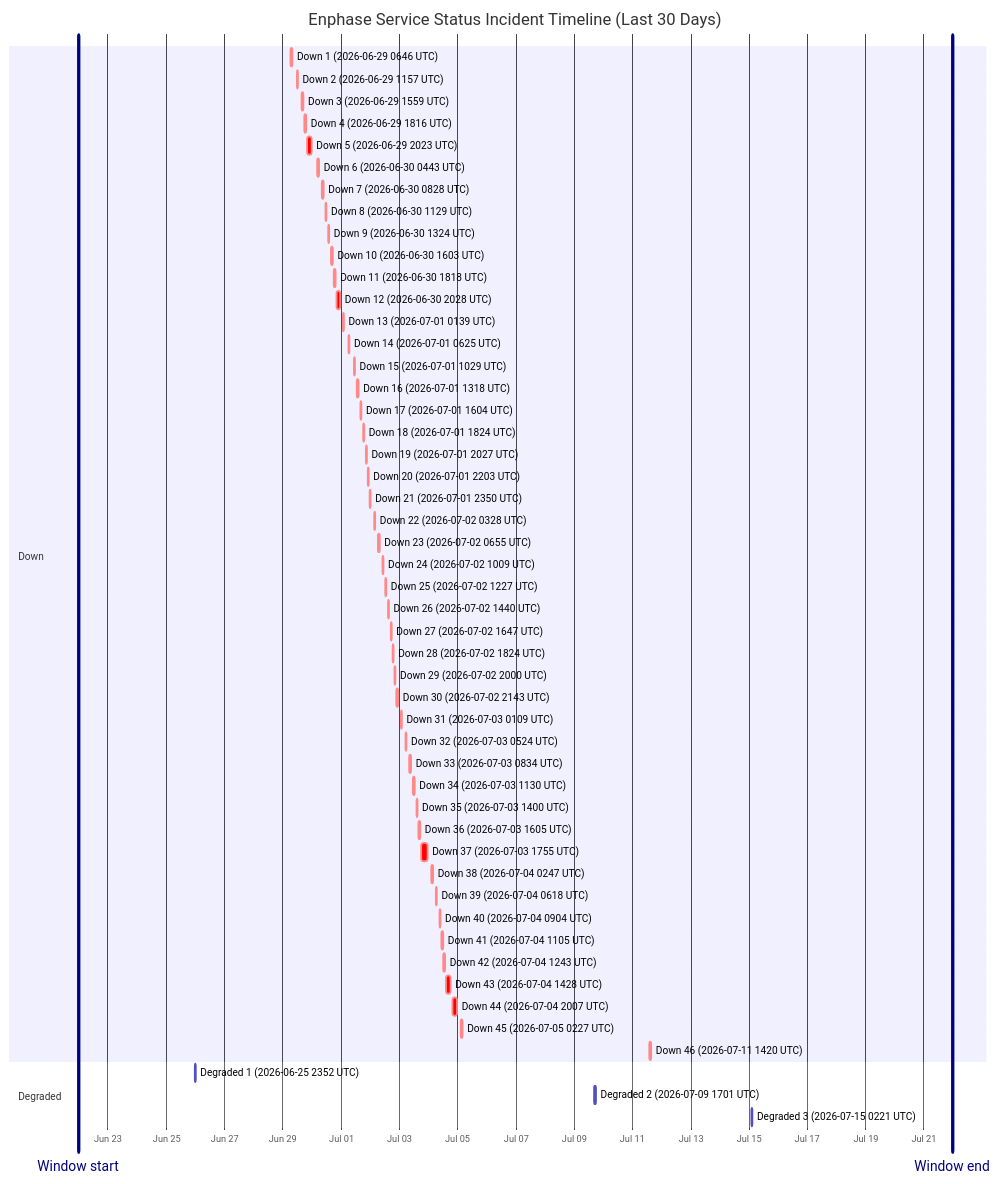
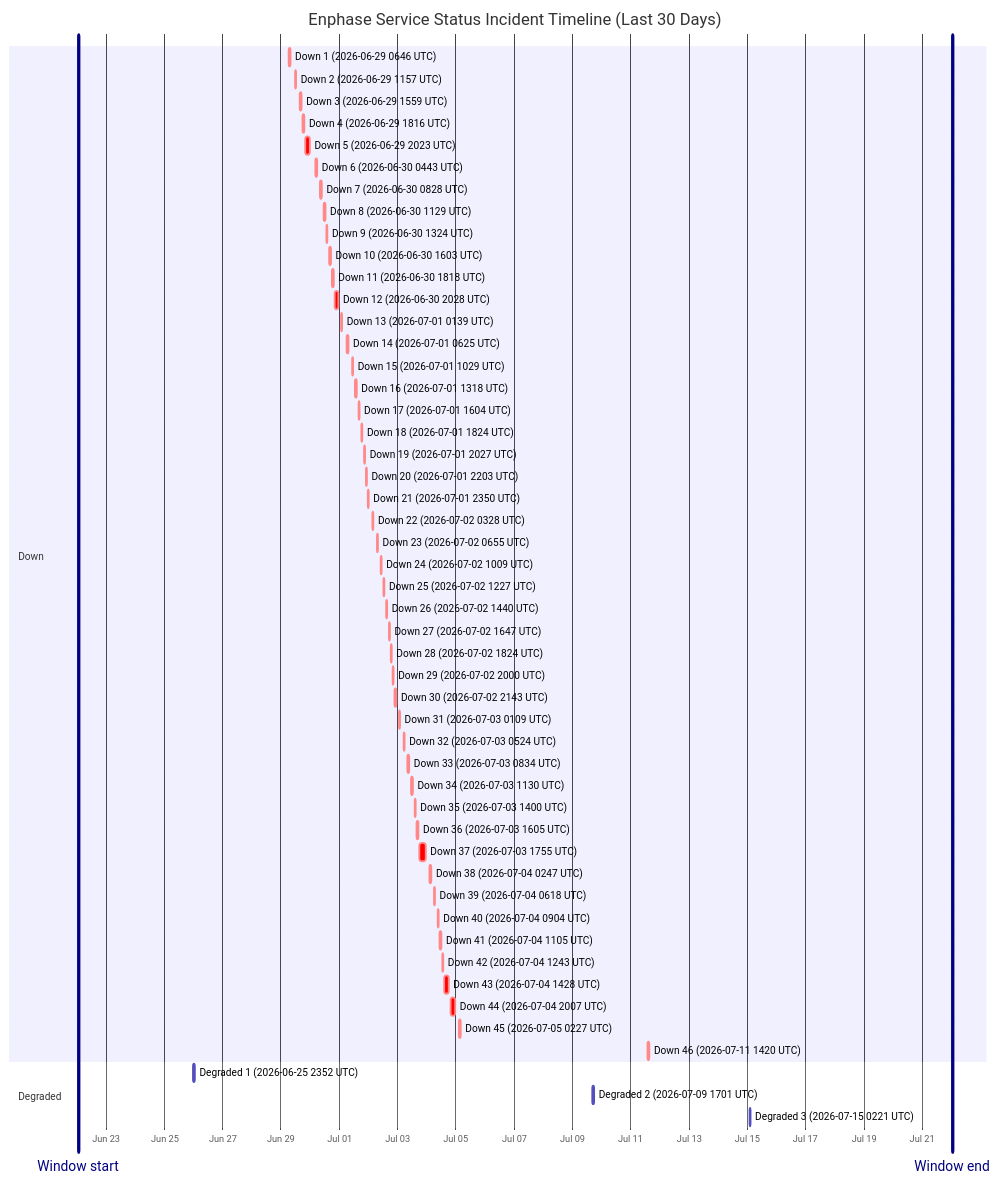
The diagram in wiki/Service-Status-History.md (barneyonline/ha-enphase-energy), drawn with Mermaid before and after one commit. The commit also changed other lines of this file and 3 other files, not shown here.

````diff
--- a/wiki/Service-Status-History.md
+++ b/wiki/Service-Status-History.md
@@ -14,59 +14,59 @@
 ```mermaid
 gantt
     title Enphase Service Status Incident Timeline (Last 30 Days)
     dateFormat  YYYY-MM-DDTHH:mm:ss
     axisFormat  %b %d
-    Window start :vert, window-start, 2026-06-21T23:28:39, 0ms
-    Window end :vert, window-end, 2026-07-21T23:28:39, 0ms
+    Window start :vert, window-start, 2026-06-22T00:58:34, 0ms
+    Window end :vert, window-end, 2026-07-22T00:58:34, 0ms
     section Down
     Down 1 (2026-06-29 0646 UTC) :crit, down-1, 2026-06-29T06:46:18, 60m
     Down 2 (2026-06-29 1157 UTC) :crit, down-2, 2026-06-29T11:57:36, 60m
     Down 3 (2026-06-29 1559 UTC) :crit, down-3, 2026-06-29T15:59:02, 60m
     Down 4 (2026-06-29 1816 UTC) :crit, down-4, 2026-06-29T18:16:38, 60m
     Down 5 (2026-06-29 2023 UTC) :crit, down-5, 2026-06-29T20:23:16, 220m
     Down 6 (2026-06-30 0443 UTC) :crit, down-6, 2026-06-30T04:43:54, 60m
     Down 7 (2026-06-30 0828 UTC) :crit, down-7, 2026-06-30T08:28:43, 60m
     Down 8 (2026-06-30 1129 UTC) :crit, down-8, 2026-06-30T11:29:15, 60m
     Down 9 (2026-06-30 1324 UTC) :crit, down-9, 2026-06-30T13:24:25, 60m
     Down 10 (2026-06-30 1603 UTC) :crit, down-10, 2026-06-30T16:03:26, 60m
     Down 11 (2026-06-30 1818 UTC) :crit, down-11, 2026-06-30T18:18:39, 60m
     Down 12 (2026-06-30 2028 UTC) :crit, down-12, 2026-06-30T20:28:54, 171m
     Down 13 (2026-07-01 0139 UTC) :crit, down-13, 2026-07-01T01:39:18, 60m
     Down 14 (2026-07-01 0625 UTC) :crit, down-14, 2026-07-01T06:25:35, 60m
     Down 15 (2026-07-01 1029 UTC) :crit, down-15, 2026-07-01T10:29:24, 60m
     Down 16 (2026-07-01 1318 UTC) :crit, down-16, 2026-07-01T13:18:31, 60m
     Down 17 (2026-07-01 1604 UTC) :crit, down-17, 2026-07-01T16:04:29, 60m
     Down 18 (2026-07-01 1824 UTC) :crit, down-18, 2026-07-01T18:24:21, 60m
     Down 19 (2026-07-01 2027 UTC) :crit, down-19, 2026-07-01T20:27:17, 60m
     Down 20 (2026-07-01 2203 UTC) :crit, down-20, 2026-07-01T22:03:46, 60m
     Down 21 (2026-07-01 2350 UTC) :crit, down-21, 2026-07-01T23:50:52, 60m
     Down 22 (2026-07-02 0328 UTC) :crit, down-22, 2026-07-02T03:28:33, 60m
     Down 23 (2026-07-02 0655 UTC) :crit, down-23, 2026-07-02T06:55:07, 60m
     Down 24 (2026-07-02 1009 UTC) :crit, down-24, 2026-07-02T10:09:15, 60m
     Down 25 (2026-07-02 1227 UTC) :crit, down-25, 2026-07-02T12:27:49, 60m
     Down 26 (2026-07-02 1440 UTC) :crit, down-26, 2026-07-02T14:40:53, 60m
     Down 27 (2026-07-02 1647 UTC) :crit, down-27, 2026-07-02T16:47:47, 60m
     Down 28 (2026-07-02 1824 UTC) :crit, down-28, 2026-07-02T18:24:26, 60m
     Down 29 (2026-07-02 2000 UTC) :crit, down-29, 2026-07-02T20:00:57, 60m
     Down 30 (2026-07-02 2143 UTC) :crit, down-30, 2026-07-02T21:43:52, 80m
     Down 31 (2026-07-03 0109 UTC) :crit, down-31, 2026-07-03T01:09:19, 60m
     Down 32 (2026-07-03 0524 UTC) :crit, down-32, 2026-07-03T05:24:23, 60m
     Down 33 (2026-07-03 0834 UTC) :crit, down-33, 2026-07-03T08:34:05, 60m
     Down 34 (2026-07-03 1130 UTC) :crit, down-34, 2026-07-03T11:30:41, 60m
     Down 35 (2026-07-03 1400 UTC) :crit, down-35, 2026-07-03T14:00:48, 60m
     Down 36 (2026-07-03 1605 UTC) :crit, down-36, 2026-07-03T16:05:49, 60m
     Down 37 (2026-07-03 1755 UTC) :crit, down-37, 2026-07-03T17:55:54, 338m
     Down 38 (2026-07-04 0247 UTC) :crit, down-38, 2026-07-04T02:47:22, 60m
     Down 39 (2026-07-04 0618 UTC) :crit, down-39, 2026-07-04T06:18:09, 60m
     Down 40 (2026-07-04 0904 UTC) :crit, down-40, 2026-07-04T09:04:41, 60m
     Down 41 (2026-07-04 1105 UTC) :crit, down-41, 2026-07-04T11:05:21, 60m
     Down 42 (2026-07-04 1243 UTC) :crit, down-42, 2026-07-04T12:43:25, 60m
     Down 43 (2026-07-04 1428 UTC) :crit, down-43, 2026-07-04T14:28:07, 243m
     Down 44 (2026-07-04 2007 UTC) :crit, down-44, 2026-07-04T20:07:50, 206m
     Down 45 (2026-07-05 0227 UTC) :crit, down-45, 2026-07-05T02:27:32, 109m
     Down 46 (2026-07-11 1420 UTC) :crit, down-46, 2026-07-11T14:20:54, 69m
     section Degraded
     Degraded 1 (2026-06-25 2352 UTC) :active, degraded-1, 2026-06-25T23:52:01, 60m
     Degraded 2 (2026-07-09 1701 UTC) :active, degraded-2, 2026-07-09T17:01:02, 60m
     Degraded 3 (2026-07-15 0221 UTC) :active, degraded-3, 2026-07-15T02:21:35, 60m
 ```
````
